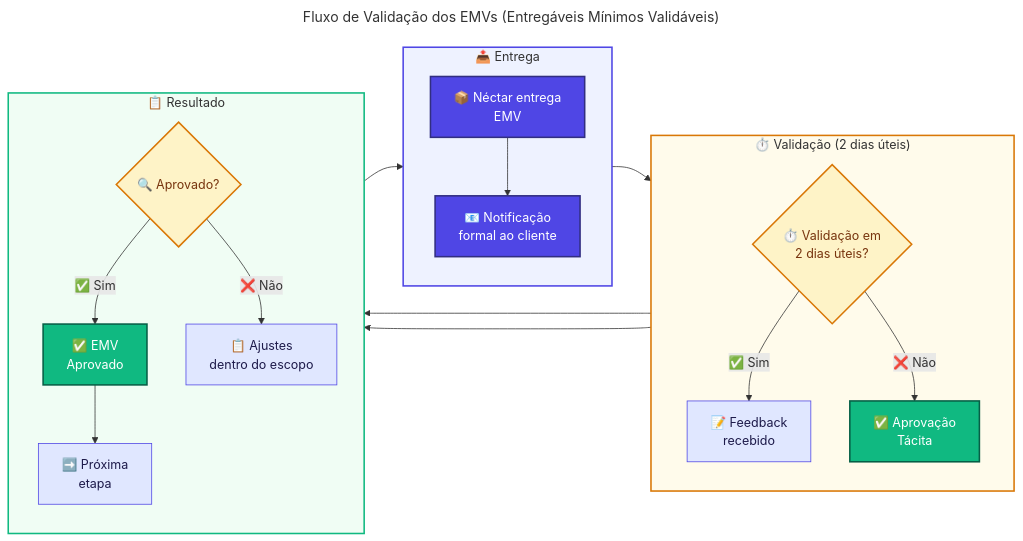
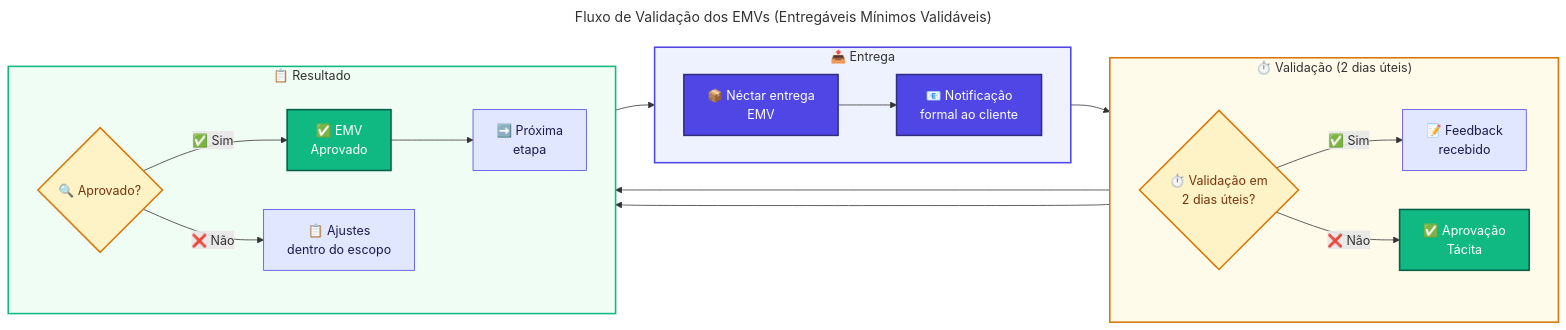
One commit to Evilazaro/Azure-LogicApps-Monitoring changed the fourth of 9 diagrams in docs/planoProjetoModernizacao.md. Above: the diagram before and after it, drawn with Mermaid. The commit also changed other lines of this file, not shown here.

First line of the commit message:
Refactor diagram text for improved formatting

````diff
--- a/docs/planoProjetoModernizacao.md
+++ b/docs/planoProjetoModernizacao.md
@@ -484,78 +484,78 @@
 ```mermaid
 ---
 title: "Fluxo de Validação dos EMVs (Entregáveis Mínimos Validáveis)"
 ---
 flowchart LR
     %% ═══════════════════════════════════════════════════════════════
     %% FLUXO DE VALIDAÇÃO DOS EMVs
     %% PROPÓSITO: Documentar o processo de entrega, validação e
     %%            aprovação dos Entregáveis Mínimos Validáveis
     %% REGRA: 2 dias úteis para validação; após prazo = aprovação tácita
     %% ═══════════════════════════════════════════════════════════════
 
     %% ───────────────────────────────────────────────────────────────
     %% FASE 1: Entrega (Néctar → Cooperflora)
     %% ───────────────────────────────────────────────────────────────
     subgraph entrega ["📤 Entrega"]
-        direction TB
-        A["📦 Néctar entrega\nEMV"]
-        B["📧 Notificação\nformal ao cliente"]
+        direction LR
+        A["📦 Néctar entrega<br>EMV"]
+        B["📧 Notificação<br>formal ao cliente"]
         A --> B
     end
 
     %% ───────────────────────────────────────────────────────────────
     %% FASE 2: Validação (Cooperflora - prazo de 2 dias úteis)
     %% ───────────────────────────────────────────────────────────────
     subgraph validacao ["⏱️ Validação (2 dias úteis)"]
-        direction TB
-        C{"⏱️ Validação em\n2 dias úteis?"}
-        D["📝 Feedback\nrecebido"]
-        E["✅ Aprovação\nTácita"]
+        direction LR
+        C{"⏱️ Validação em<br>2 dias úteis?"}
+        D["📝 Feedback<br>recebido"]
+        E["✅ Aprovação<br>Tácita"]
         C -->|"✅ Sim"| D
         C -->|"❌ Não"| E
     end
 
     %% ───────────────────────────────────────────────────────────────
     %% FASE 3: Decisão e Resultado
     %% ───────────────────────────────────────────────────────────────
     subgraph resultado ["📋 Resultado"]
-        direction TB
+        direction LR
         F{"🔍 Aprovado?"}
-        G["✅ EMV\nAprovado"]
-        H["📋 Ajustes\ndentro do escopo"]
-        I["➡️ Próxima\netapa"]
+        G["✅ EMV<br>Aprovado"]
+        H["📋 Ajustes<br>dentro do escopo"]
+        I["➡️ Próxima<br>etapa"]
         F -->|"✅ Sim"| G
         F -->|"❌ Não"| H
         G --> I
     end
 
     %% ───────────────────────────────────────────────────────────────
     %% CONEXÕES ENTRE FASES
     %% ───────────────────────────────────────────────────────────────
     entrega --> validacao
     D --> F
     E --> G
     H --> A
 
     %% ═══════════════════════════════════════════════════════════════
     %% ESTILOS: Paleta de cores por tipo de elemento
     %% - Indigo (#4F46E5): Ações de entrega
     %% - Amber (#FEF3C7): Pontos de decisão
     %% - Emerald (#10B981): Aprovação/Sucesso
     %% - Indigo claro (#E0E7FF): Processos intermediários
     %% ═══════════════════════════════════════════════════════════════
     classDef delivery fill:#4F46E5,stroke:#312E81,color:#FFFFFF,stroke-width:2px
     classDef decision fill:#FEF3C7,stroke:#D97706,color:#78350F,stroke-width:2px
     classDef approved fill:#10B981,stroke:#065F46,color:#FFFFFF,stroke-width:2px
     classDef process fill:#E0E7FF,stroke:#4F46E5,color:#1E1B4B,stroke-width:1px
 
     class A,B delivery
     class C,F decision
     class E,G approved
     class D,H,I process
 
     %% Estilo dos subgraphs
     style entrega fill:#EEF2FF,stroke:#4F46E5,stroke-width:2px
     style validacao fill:#FFFBEB,stroke:#D97706,stroke-width:2px
     style resultado fill:#F0FDF4,stroke:#10B981,stroke-width:2px
 ```
````
